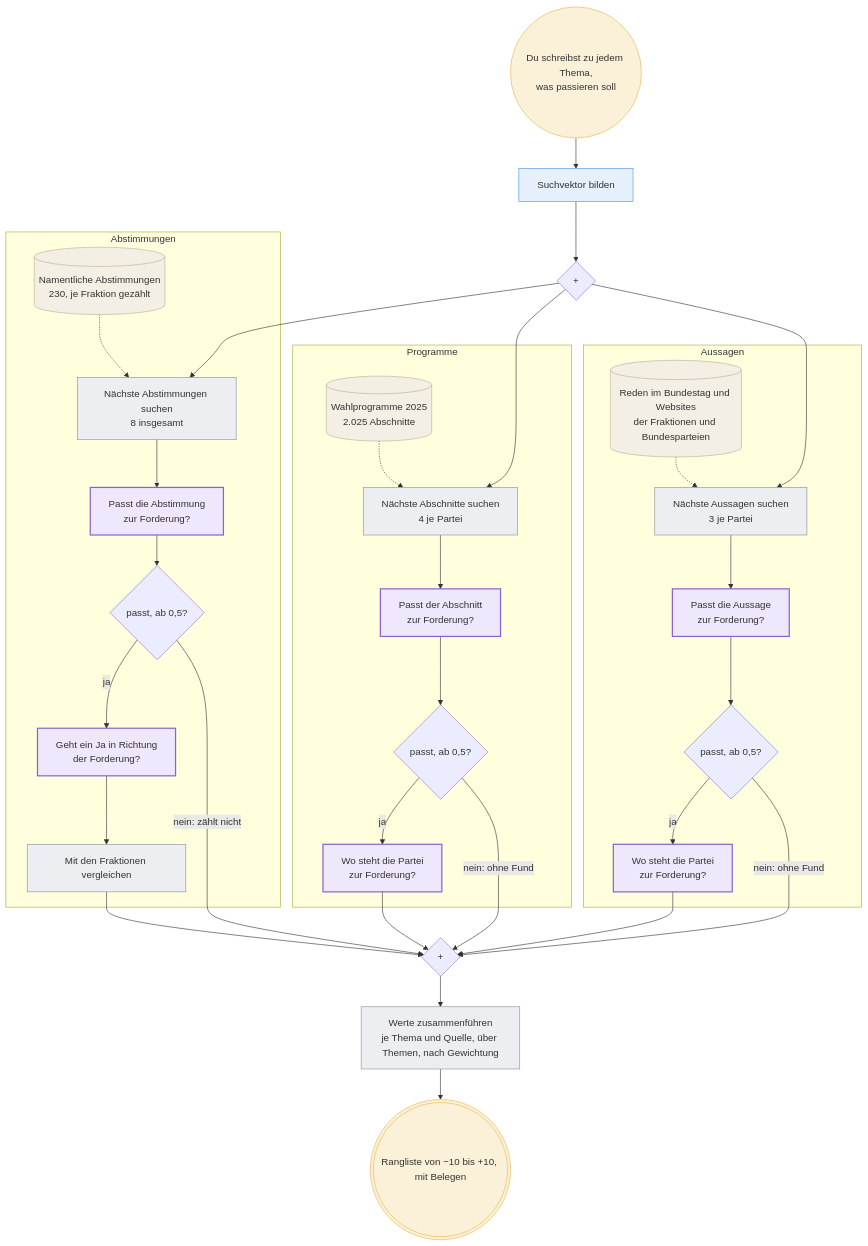
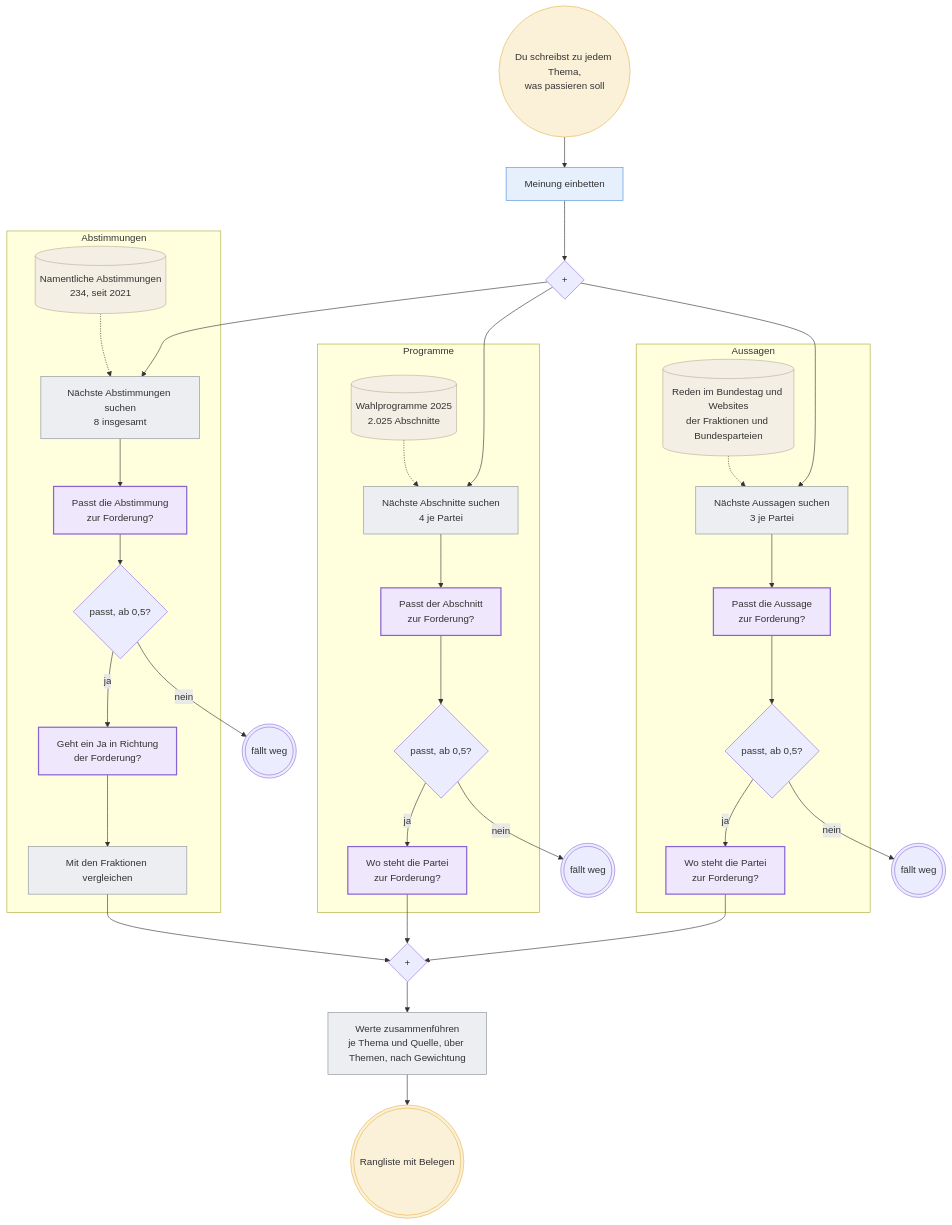
Before and after one commit to NicolasMahn/VotingAid: the diagram in docs/workflow.mmd, drawn with Mermaid. The commit also changed 7 other files, not shown here.

```diff
--- a/docs/workflow.mmd
+++ b/docs/workflow.mmd
@@ -1,52 +1,52 @@
 %% Voting Aid: from an opinion to the ranking. The same flow as workflow.html,
 %% as text: open it in mermaid.live, or import it into Excalidraw, draw.io or Miro.
 %% Circles are events, boxes tasks, diamonds decisions, cylinders data.
 flowchart TB
   start((Du schreibst zu jedem Thema,<br/>was passieren soll)):::person
-  query[Suchvektor bilden]:::voyage
+  query[Meinung einbetten]:::voyage
   split{+}
   start --> query --> split
 
   subgraph Programme
     pdb[(Wahlprogramme 2025<br/>2.025 Abschnitte)]:::data
     psearch[Nächste Abschnitte suchen<br/>4 je Partei]:::code
     prel[Passt der Abschnitt<br/>zur Forderung?]:::jev
     pgate{passt, ab 0,5?}
     pmatch[Wo steht die Partei<br/>zur Forderung?]:::jev
     pdb -.-> psearch --> prel --> pgate -->|ja| pmatch
   end
 
   subgraph Abstimmungen
-    vdb[(Namentliche Abstimmungen<br/>230, je Fraktion gezählt)]:::data
+    vdb[(Namentliche Abstimmungen<br/>234, seit 2021)]:::data
     vsearch[Nächste Abstimmungen suchen<br/>8 insgesamt]:::code
     vrel[Passt die Abstimmung<br/>zur Forderung?]:::jev
     vgate{passt, ab 0,5?}
     vdir[Geht ein Ja in Richtung<br/>der Forderung?]:::jev
     vcompare[Mit den Fraktionen vergleichen]:::code
     vdb -.-> vsearch --> vrel --> vgate -->|ja| vdir --> vcompare
   end
 
   subgraph Aussagen
     sdb[(Reden im Bundestag und Websites<br/>der Fraktionen und Bundesparteien)]:::data
     ssearch[Nächste Aussagen suchen<br/>3 je Partei]:::code
     srel[Passt die Aussage<br/>zur Forderung?]:::jev
     sgate{passt, ab 0,5?}
     smatch[Wo steht die Partei<br/>zur Forderung?]:::jev
     sdb -.-> ssearch --> srel --> sgate -->|ja| smatch
   end
 
   split --> psearch & vsearch & ssearch
   join{+}
   pmatch & vcompare & smatch --> join
-  pgate -->|nein: ohne Fund| join
-  vgate -->|nein: zählt nicht| join
-  sgate -->|nein: ohne Fund| join
+  pgate -->|nein| pdrop(((fällt weg)))
+  vgate -->|nein| vdrop(((fällt weg)))
+  sgate -->|nein| sdrop(((fällt weg)))
   combine[Werte zusammenführen<br/>je Thema und Quelle, über Themen, nach Gewichtung]:::code
-  done(((Rangliste von −10 bis +10, mit Belegen))):::person
+  done(((Rangliste mit Belegen))):::person
   join --> combine --> done
 
   classDef person fill:#fbf1d9,stroke:#e8b54a
   classDef voyage fill:#e6effc,stroke:#4f8fe0
   classDef jev fill:#efe7fb,stroke:#8a63d2,stroke-width:2px
   classDef code fill:#eceef1,stroke:#8a8f98
   classDef data fill:#f4efe4,stroke:#b9ae97
```
